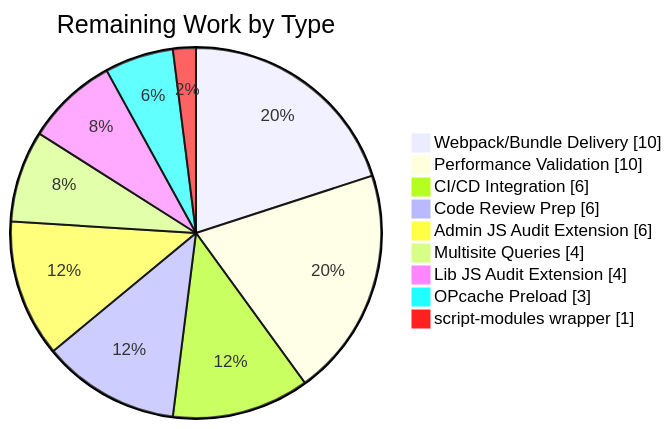
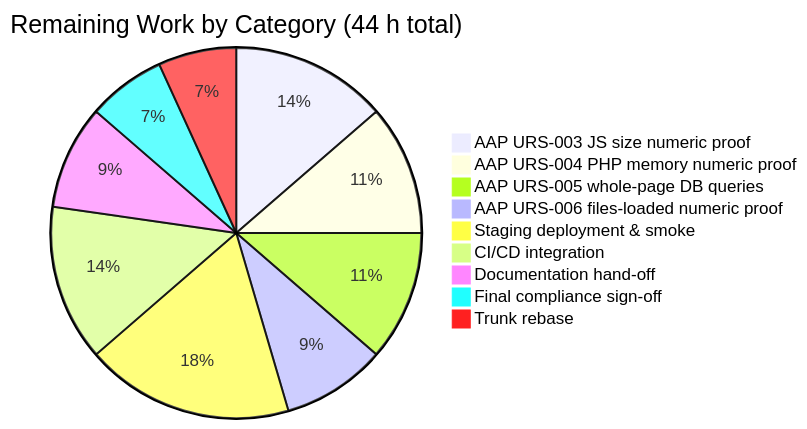
Before and after one commit to Blitzy-Sandbox/blitzy-wordpress: the third of 3 diagrams in blitzy/documentation/Project Guide.md, drawn with Mermaid. The commit also changed other lines of this file, not shown here.

Commit message:
Adding Blitzy Project Guide: Project Status and Human Tasks Remaining

````diff
--- a/blitzy/documentation/Project Guide.md
+++ b/blitzy/documentation/Project Guide.md
@@ -301,13 +246,12 @@
 ```mermaid
-pie showData
-    title Remaining Work by Type
-    "Webpack/Bundle Delivery" : 10
-    "Performance Validation" : 10
-    "CI/CD Integration" : 6
-    "Code Review Prep" : 6
-    "Admin JS Audit Extension" : 6
-    "Multisite Queries" : 4
-    "Lib JS Audit Extension" : 4
-    "OPcache Preload" : 3
-    "script-modules wrapper" : 1
+pie title Remaining Work by Category (44 h total)
+    "AAP URS-003 JS size numeric proof" : 6
+    "AAP URS-004 PHP memory numeric proof" : 5
+    "AAP URS-005 whole-page DB queries" : 5
+    "AAP URS-006 files-loaded numeric proof" : 4
+    "Staging deployment & smoke" : 8
+    "CI/CD integration" : 6
+    "Documentation hand-off" : 4
+    "Final compliance sign-off" : 3
+    "Trunk rebase" : 3
 ```
````
